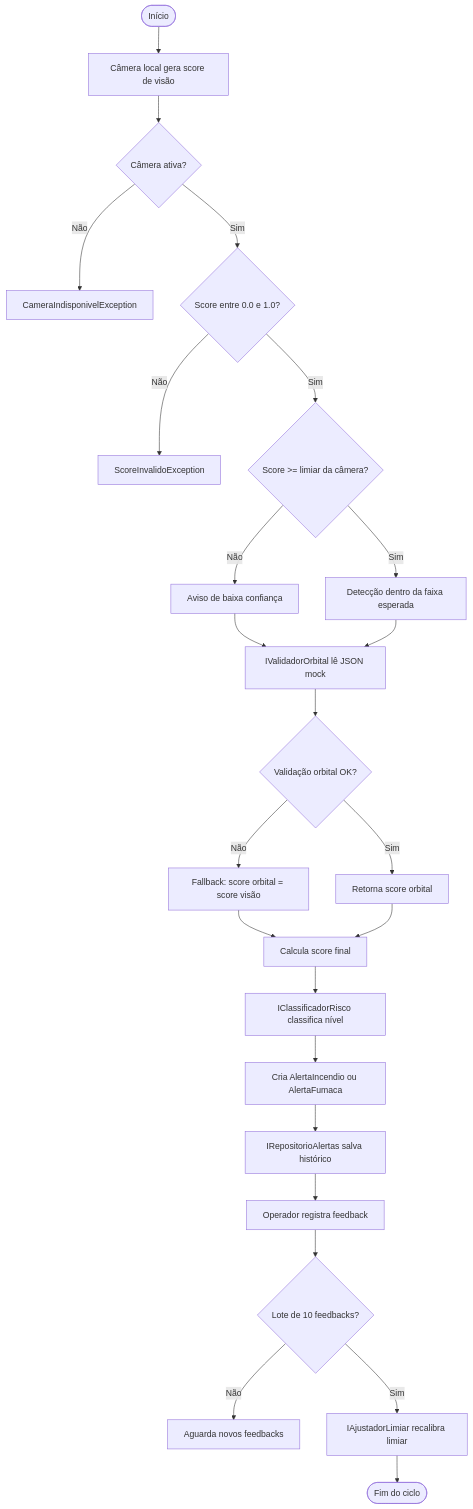
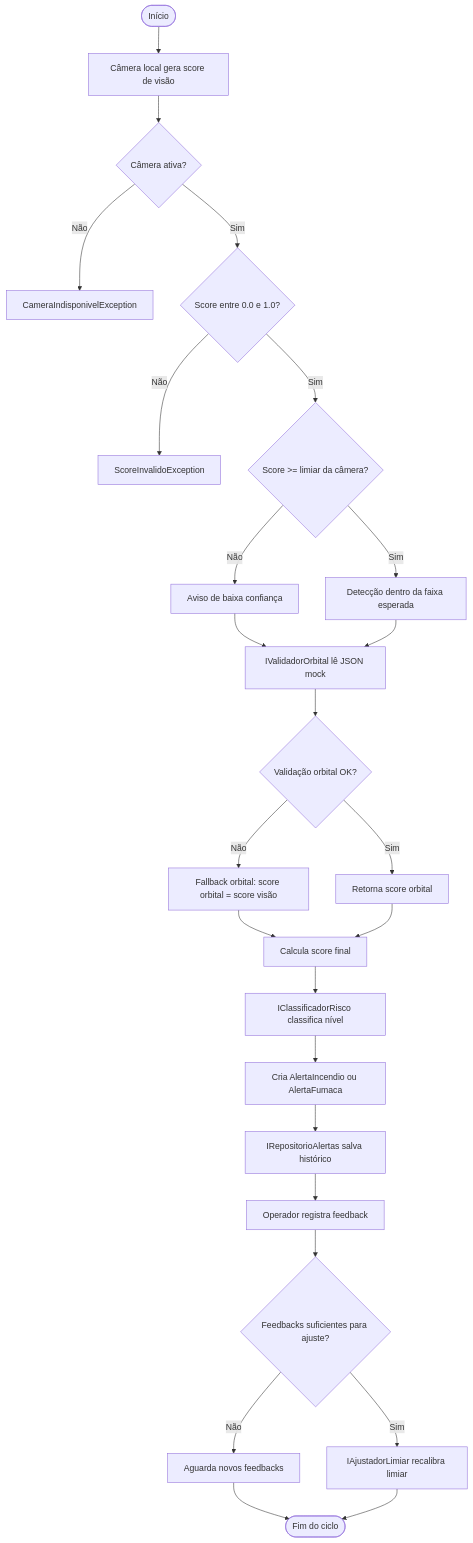
One commit to GLOBAL-SOLUTION-ABP/Cs-GS changed the diagram in README.md. Above: the diagram before and after it, drawn with Mermaid. The commit also changed other lines of this file, not shown here.

````diff
--- a/README.md
+++ b/README.md
@@ -92,26 +269,27 @@
 ```mermaid
 flowchart TD
     A([Início]) --> B[Câmera local gera score de visão]
     B --> C{Câmera ativa?}
     C -- Não --> X1[CameraIndisponivelException]
     C -- Sim --> D{Score entre 0.0 e 1.0?}
     D -- Não --> X2[ScoreInvalidoException]
     D -- Sim --> E{Score >= limiar da câmera?}
     E -- Não --> F[Aviso de baixa confiança]
     E -- Sim --> G[Detecção dentro da faixa esperada]
     F --> H[IValidadorOrbital lê JSON mock]
     G --> H
     H --> I{Validação orbital OK?}
-    I -- Não --> J[Fallback: score orbital = score visão]
+    I -- Não --> J[Fallback orbital: score orbital = score visão]
     I -- Sim --> K[Retorna score orbital]
     J --> L[Calcula score final]
     K --> L
     L --> M[IClassificadorRisco classifica nível]
     M --> N[Cria AlertaIncendio ou AlertaFumaca]
     N --> O[IRepositorioAlertas salva histórico]
     O --> P[Operador registra feedback]
-    P --> Q{Lote de 10 feedbacks?}
+    P --> Q{Feedbacks suficientes para ajuste?}
     Q -- Não --> R[Aguarda novos feedbacks]
     Q -- Sim --> S[IAjustadorLimiar recalibra limiar]
-    S --> T([Fim do ciclo])
+    R --> T([Fim do ciclo])
+    S --> T
 ```
````
